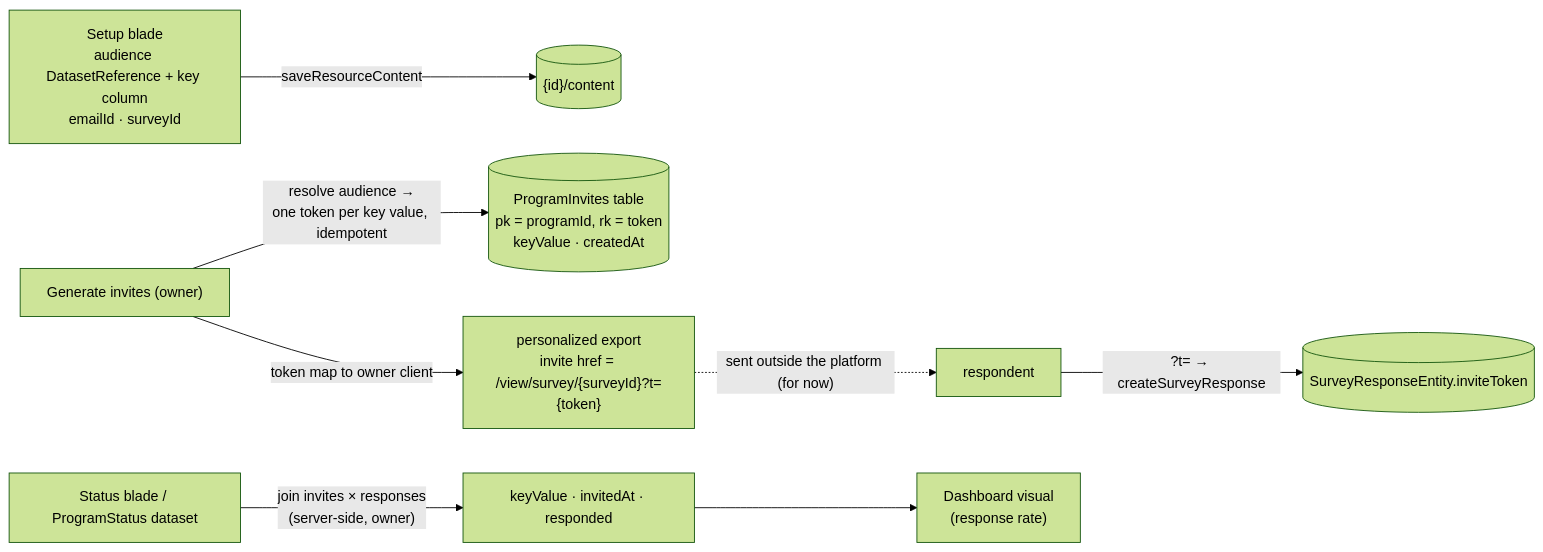
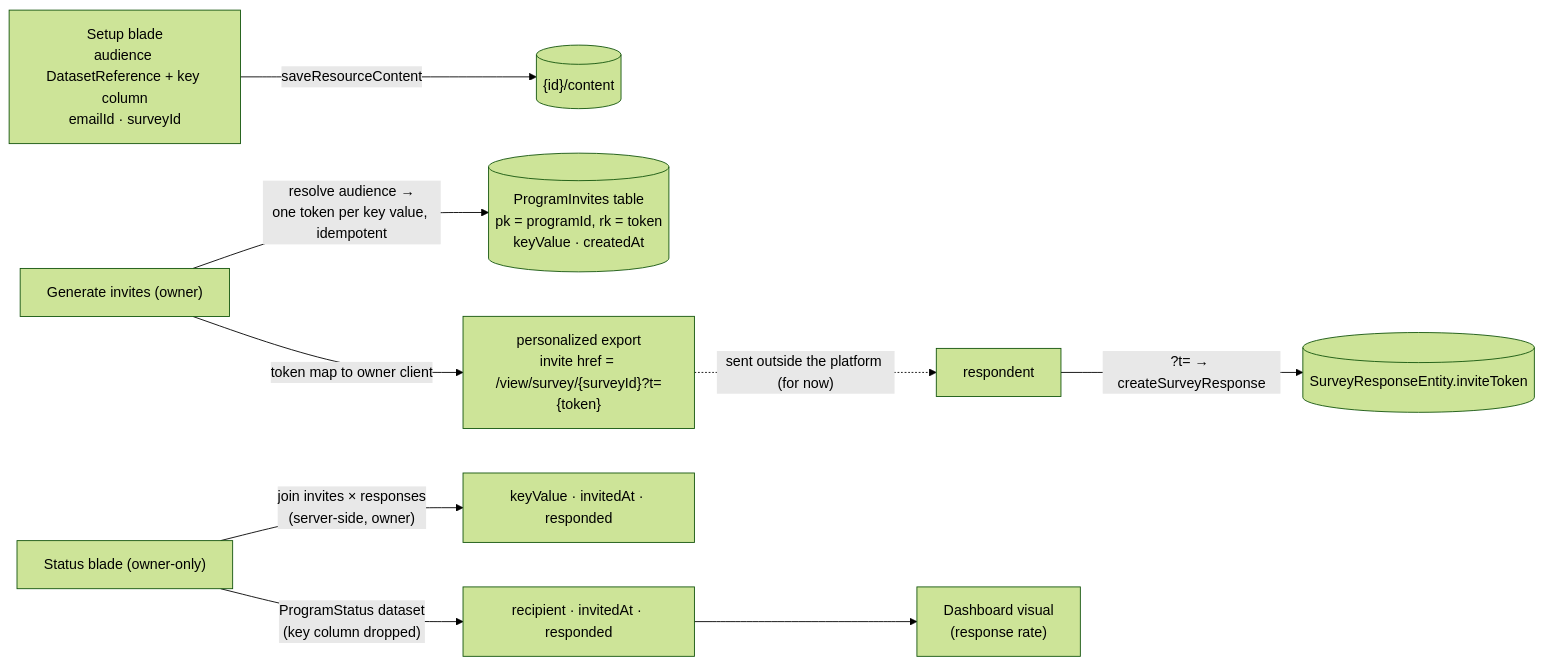
One commit to Esposter/Esposter changed the diagram in packages/app/content/docs/proposals/platform/program-resource.md. Above: the diagram before and after it, drawn with Mermaid (forest theme). The commit also changed other lines of this file and 6 other files, not shown here.

````diff
--- a/packages/app/content/docs/proposals/platform/program-resource.md
+++ b/packages/app/content/docs/proposals/platform/program-resource.md
@@ -20,10 +20,11 @@
 ```mermaid
 flowchart LR
   SETUP["Setup blade<br/>audience DatasetReference + key column<br/>emailId · surveyId"] -->|saveResourceContent| BLOB[("{id}/content")]
   GEN["Generate invites (owner)"] -->|"resolve audience →<br/>one token per key value, idempotent"| INV[("ProgramInvites table<br/>pk = programId, rk = token<br/>keyValue · createdAt")]
   GEN -->|"token map to owner client"| EXPORT["personalized export<br/>invite href = /view/survey/{surveyId}?t={token}"]
   EXPORT -.->|"sent outside the platform (for now)"| RESP["respondent"]
   RESP -->|"?t= → createSurveyResponse"| SR[("SurveyResponseEntity.inviteToken")]
-  STATUS["Status blade / ProgramStatus dataset"] -->|"join invites × responses<br/>(server-side, owner)"| FUNNEL["keyValue · invitedAt · responded"]
-  FUNNEL --> DASH["Dashboard visual<br/>(response rate)"]
+  STATUS["Status blade (owner-only)"] -->|"join invites × responses<br/>(server-side, owner)"| FUNNEL["keyValue · invitedAt · responded"]
+  STATUS -->|"ProgramStatus dataset<br/>(key column dropped)"| PUBSAFE["recipient · invitedAt · responded"]
+  PUBSAFE --> DASH["Dashboard visual<br/>(response rate)"]
 ```
````
